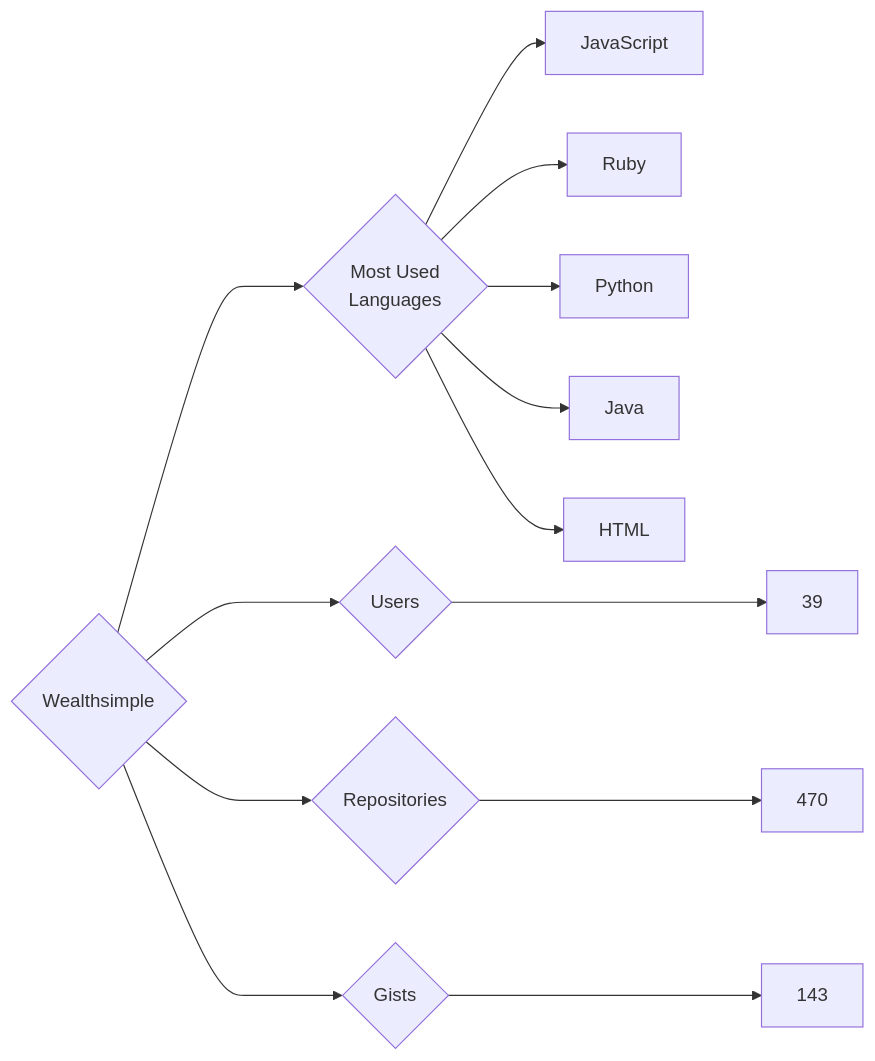
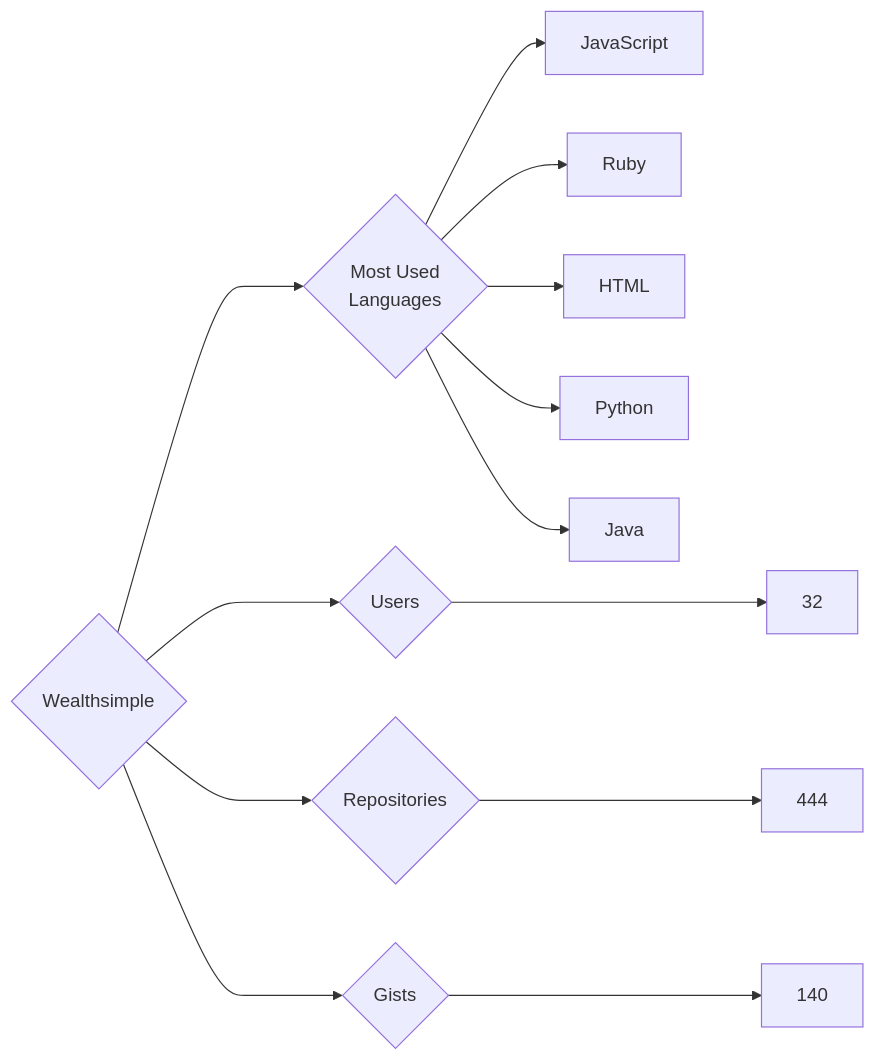
One commit to trickest/insiders changed the diagram in targets/Wealthsimple/README.md. Above: the diagram before and after it, drawn with Mermaid. The commit also changed 815 other files, not shown here.

````diff
--- a/targets/Wealthsimple/README.md
+++ b/targets/Wealthsimple/README.md
@@ -3,13 +3,13 @@
 ```mermaid
 graph LR
 COMPANY_NAME{Wealthsimple}
-COMPANY_NAME ---> U{Users} ---> UN[39]
-COMPANY_NAME ---> R{Repositories} ---> RN[470]
-COMPANY_NAME ---> G{Gists} ---> GN[143]
+COMPANY_NAME ---> U{Users} ---> UN[32]
+COMPANY_NAME ---> R{Repositories} ---> RN[444]
+COMPANY_NAME ---> G{Gists} ---> GN[140]
 COMPANY_NAME ---> ML{Most Used<br>Languages}
 ML --> JavaScript[JavaScript]
 ML --> Ruby[Ruby]
+ML --> HTML[HTML]
 ML --> Python[Python]
 ML --> Java[Java]
-ML --> HTML[HTML]
 ```
````
